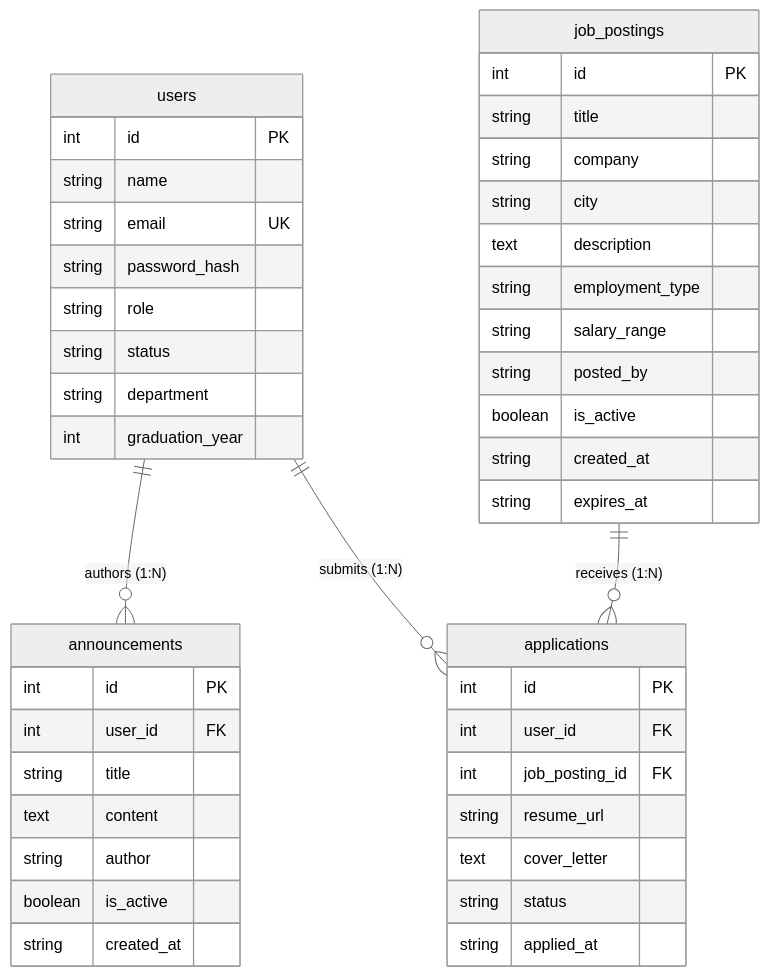
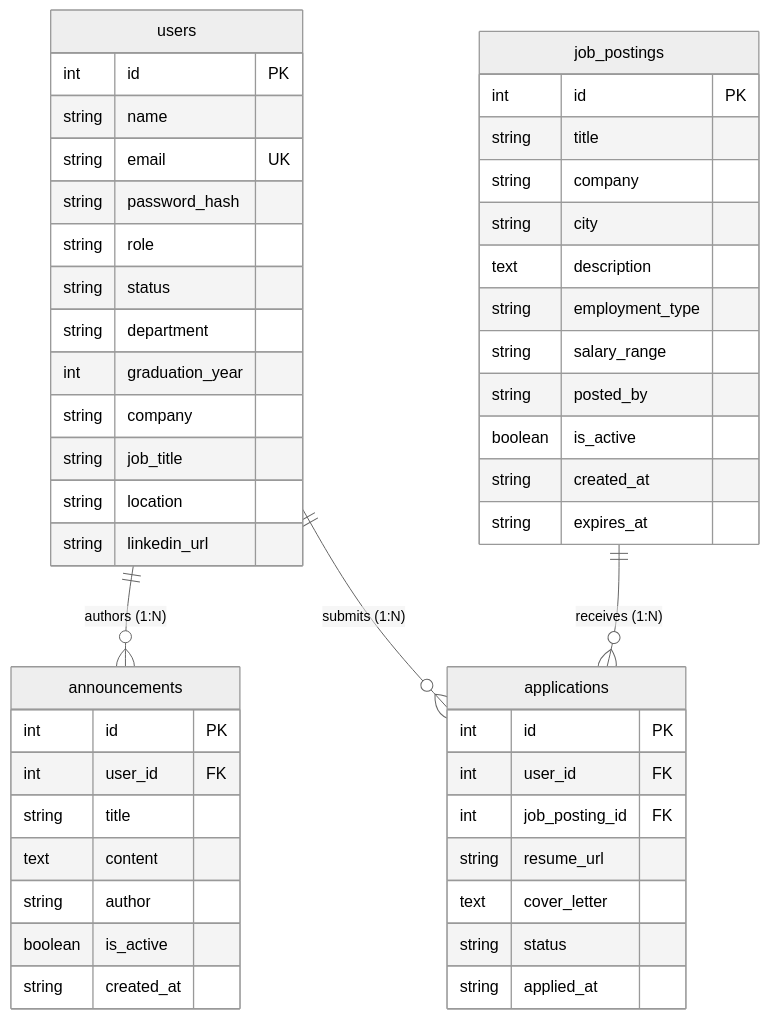
The first of 2 diagrams in ddd.md (berrutiryaki/alumni), drawn with Mermaid (neutral theme) before and after one commit. The commit also changed other lines of this file and 23 other files, not shown here.

````diff
--- a/ddd.md
+++ b/ddd.md
@@ -46,51 +50,55 @@
 ```mermaid
 erDiagram
     users ||--o{ announcements : "authors (1:N)"
     users ||--o{ applications : "submits (1:N)"
     job_postings ||--o{ applications : "receives (1:N)"
 
     users {
         int id PK
         string name
         string email UK
         string password_hash
         string role
         string status
         string department
         int graduation_year
+        string company
+        string job_title
+        string location
+        string linkedin_url
     }
 
     announcements {
         int id PK
         int user_id FK
         string title
         text content
         string author
         boolean is_active
         string created_at
     }
 
     job_postings {
         int id PK
         string title
         string company
         string city
         text description
         string employment_type
         string salary_range
         string posted_by
         boolean is_active
         string created_at
         string expires_at
     }
 
     applications {
         int id PK
         int user_id FK
         int job_posting_id FK
         string resume_url
         text cover_letter
         string status
         string applied_at
     }
 ```
````
